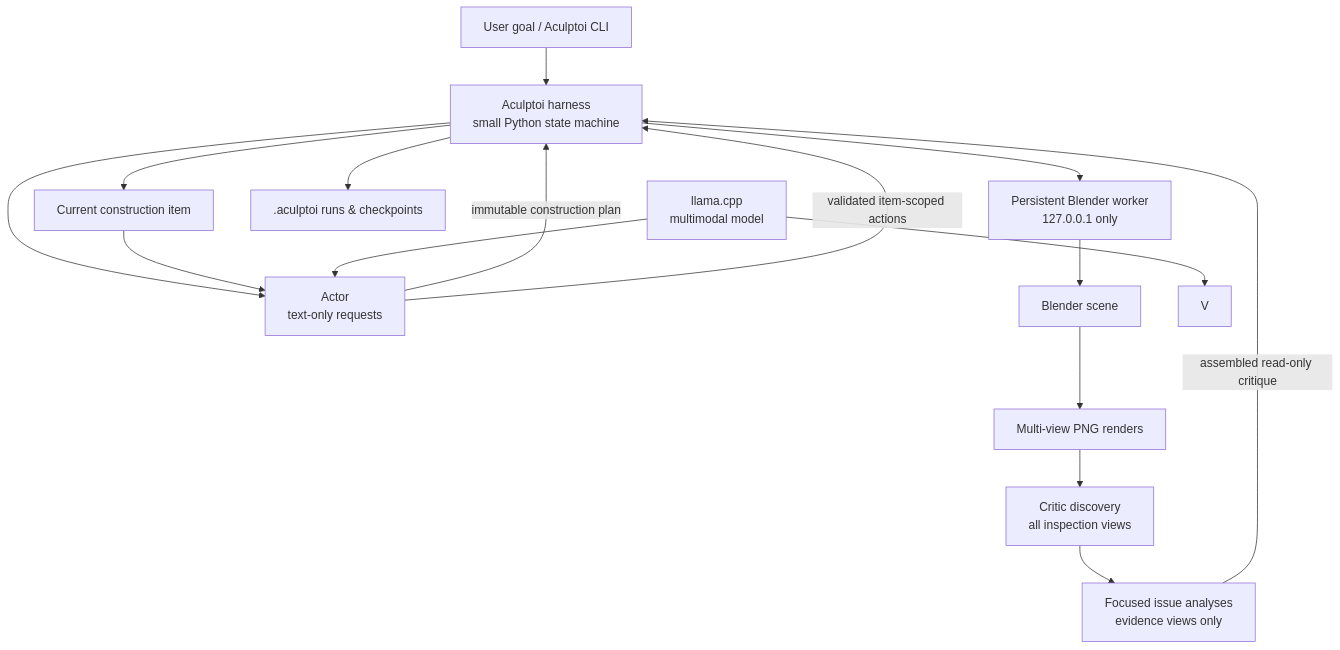
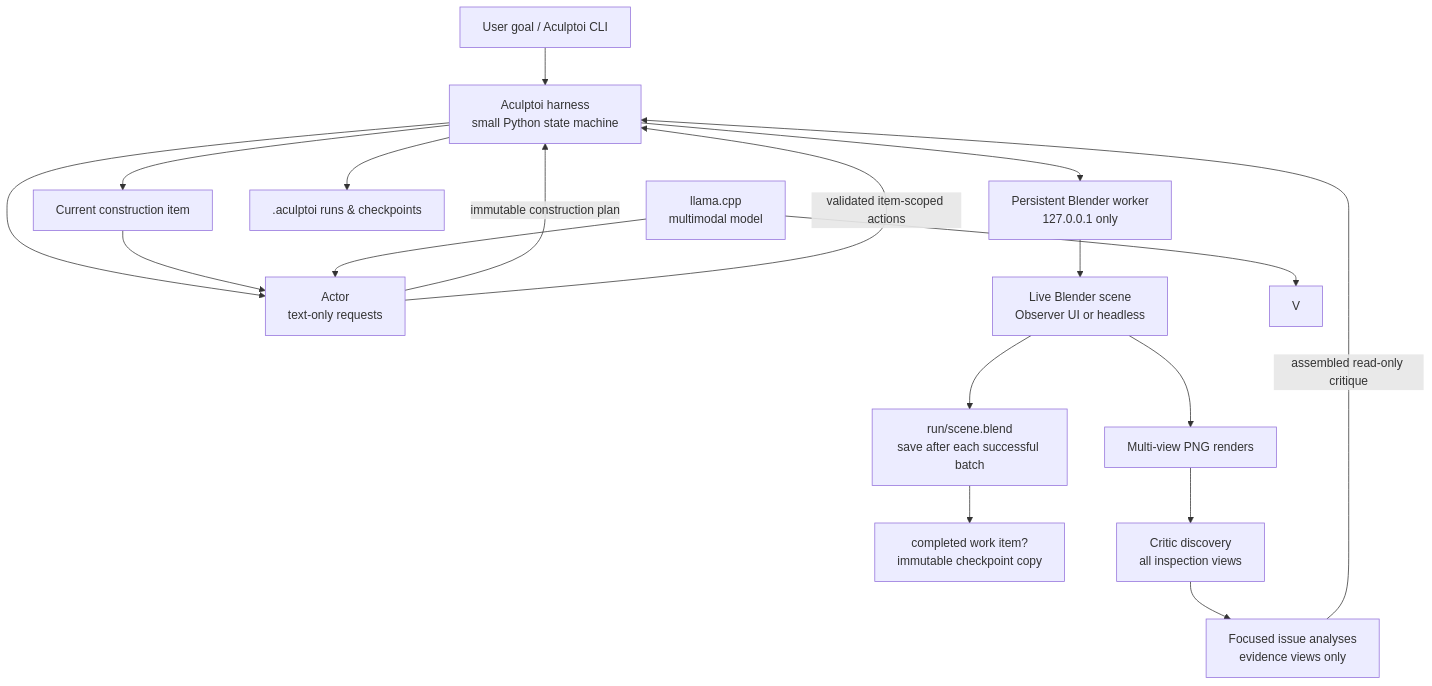
Before and after one commit to ifranlaloe/Aculptoi: the diagram in README.md, drawn with Mermaid. The commit also changed other lines of this file and 15 other files, not shown here.

Commit message:
Add durable run scenes and observer mode

````diff
--- a/README.md
+++ b/README.md
@@ -29,18 +29,20 @@
 ```mermaid
 flowchart TD
     U[User goal / Aculptoi CLI] --> H[Aculptoi harness\nsmall Python state machine]
     H --> A[Actor\ntext-only requests]
     A -->|immutable construction plan| H
     H --> I[Current construction item]
     I --> A
     A -->|validated item-scoped actions| H
     H --> W[Persistent Blender worker\n127.0.0.1 only]
-    W --> B[Blender scene]
+    W --> B[Live Blender scene\nObserver UI or headless]
+    B --> S[run/scene.blend\nsave after each successful batch]
+    S --> K[completed work item?\nimmutable checkpoint copy]
     B --> R[Multi-view PNG renders]
     R --> D[Critic discovery\nall inspection views]
     D --> F[Focused issue analyses\nevidence views only]
     F -->|assembled read-only critique| H
     H --> C[.aculptoi runs & checkpoints]
     M[llama.cpp\nmultimodal model] --> A
     M --> V
 ```
````
